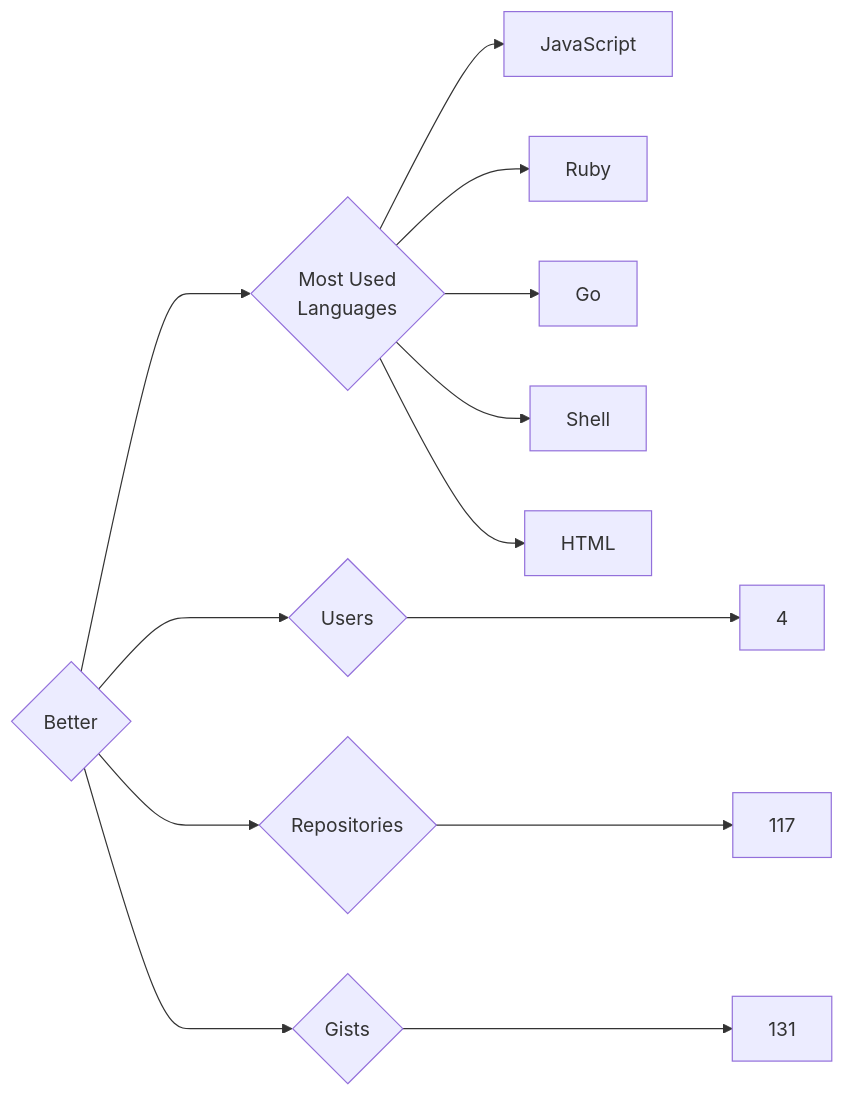
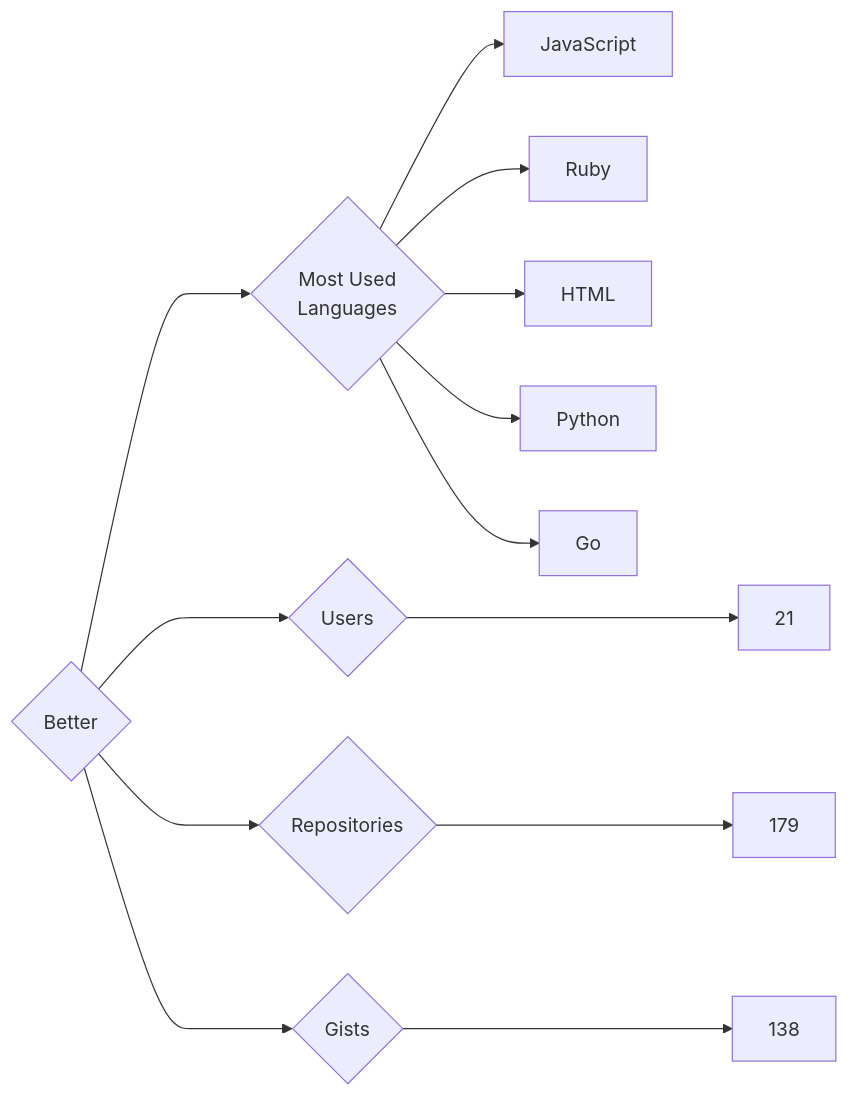
The diagram in targets/Better/README.md (trickest/insiders), drawn with Mermaid before and after one commit. The commit also changed 895 other files, not shown here.

````diff
--- a/targets/Better/README.md
+++ b/targets/Better/README.md
@@ -3,13 +3,13 @@
 ```mermaid
 graph LR
 COMPANY_NAME{Better}
-COMPANY_NAME ---> U{Users} ---> UN[4]
-COMPANY_NAME ---> R{Repositories} ---> RN[117]
-COMPANY_NAME ---> G{Gists} ---> GN[131]
+COMPANY_NAME ---> U{Users} ---> UN[21]
+COMPANY_NAME ---> R{Repositories} ---> RN[179]
+COMPANY_NAME ---> G{Gists} ---> GN[138]
 COMPANY_NAME ---> ML{Most Used<br>Languages}
 ML --> JavaScript[JavaScript]
 ML --> Ruby[Ruby]
+ML --> HTML[HTML]
+ML --> Python[Python]
 ML --> Go[Go]
-ML --> Shell[Shell]
-ML --> HTML[HTML]
 ```
````
